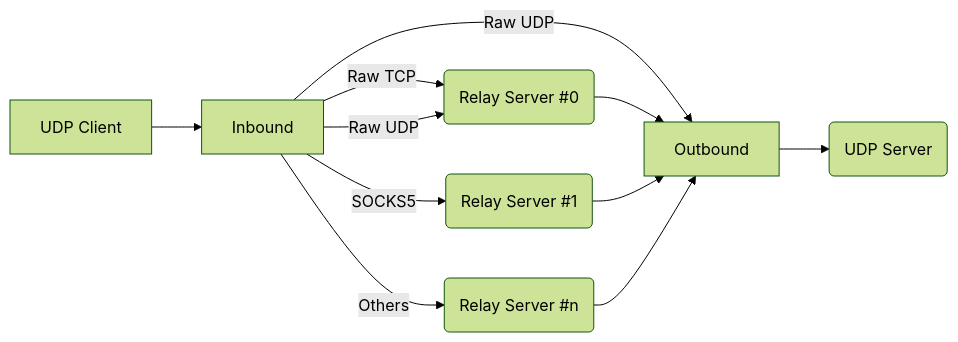
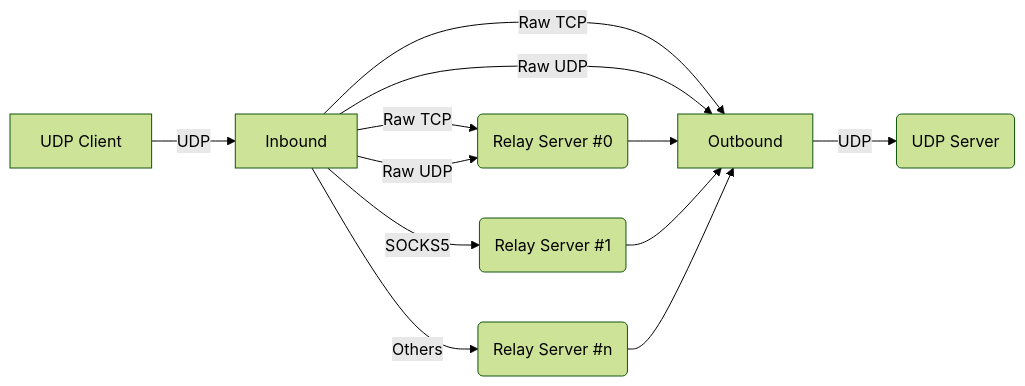
One commit to xaionaro-go/paracat changed the diagram in README.md. Above: the diagram before and after it, drawn with Mermaid (forest theme). The commit also changed 18 other files, not shown here.

````diff
--- a/README.md
+++ b/README.md
@@ -7,24 +7,25 @@
 ```mermaid
 flowchart LR
     C[UDP Client]
     IN[Inbound]
     OUT[Outbound]
     R0(Relay Server #0)
     R1(Relay Server #1)
     Rn(Relay Server #n)
     S(UDP Server)
 
-    C --> IN
+    C -->|UDP| IN
 
     IN -->|Raw TCP| R0
     IN -->|Raw UDP| R0
     IN -->|SOCKS5| R1
     IN -->|Others| Rn
+    IN -->|Raw TCP| OUT
     IN -->|Raw UDP| OUT
 
     R0 --> OUT
     R1 --> OUT
     Rn --> OUT
 
-    OUT --> S
+    OUT -->|UDP| S
 ```
````
